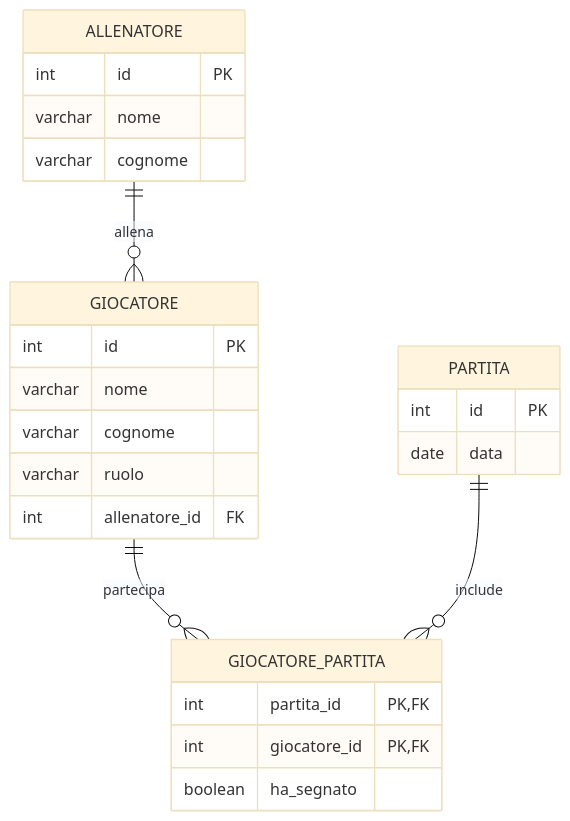
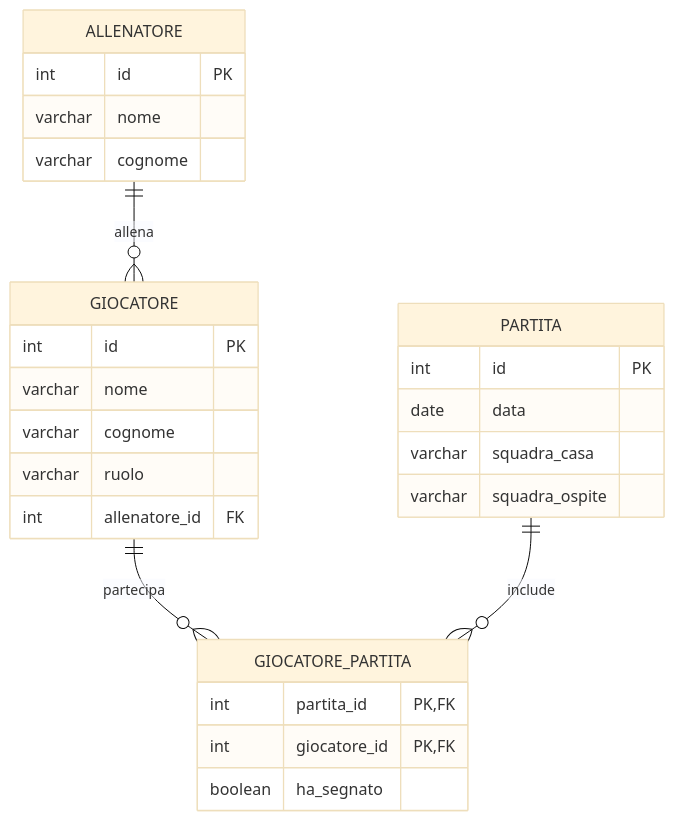
The diagram in src/e16/database_schema.md (angelogalantiscuola/2425_5M), drawn with Mermaid (base theme) before and after one commit. The commit also changed other lines of this file and 4 other files, not shown here.

Commit message:
Add endpoints for retrieving players by match and update database schema for match details

````diff
--- a/src/e16/database_schema.md
+++ b/src/e16/database_schema.md
@@ -3,28 +3,31 @@
 ```mermaid
 erDiagram
     ALLENATORE {
         int id PK
         varchar nome
         varchar cognome
     }
     GIOCATORE {
         int id PK
         varchar nome
         varchar cognome
         varchar ruolo
         int allenatore_id FK
     }
     PARTITA {
         int id PK
         date data
+        varchar squadra_casa
+        varchar squadra_ospite
+
     }
     GIOCATORE_PARTITA {
         int partita_id PK,FK
         int giocatore_id PK,FK
         boolean ha_segnato
     }
 
     ALLENATORE ||--o{ GIOCATORE : allena
     GIOCATORE ||--o{ GIOCATORE_PARTITA : partecipa
     PARTITA ||--o{ GIOCATORE_PARTITA : include
 ```
````
